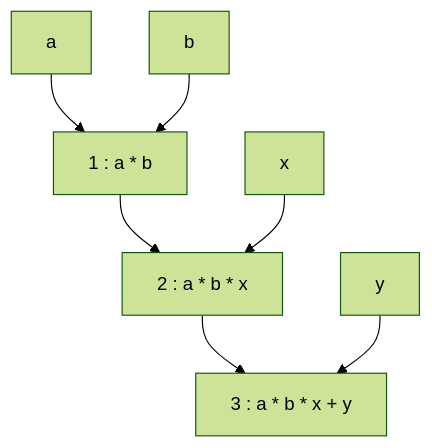
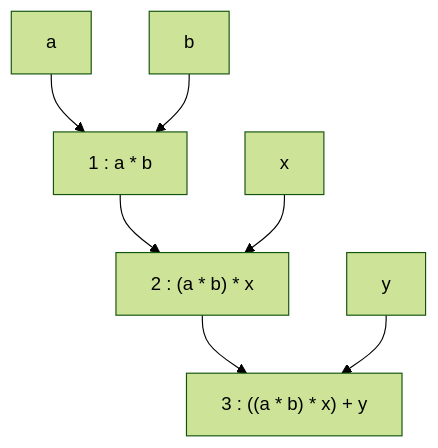
One commit to kivvix/misc changed the diagram in tpl_expr/README.md. Above: the diagram before and after it, drawn with Mermaid (forest theme).

Commit message:
test mermaid graph

````diff
--- a/tpl_expr/README.md
+++ b/tpl_expr/README.md
@@ -127,16 +127,16 @@
   ```mermaid
   graph TD;
       a["a"]
       b["b"]
       x["x"]
       y["y"]
       ab["1 : a * b"]
-      abx["2 : a * b * x"]
-      abxpy["3 : a * b * x + y"]
+      abx["2 : (a * b) * x"]
+      abxpy["3 : ((a * b) * x) + y"]
       a --> ab
       b --> ab
       ab --> abx
       x --> abx
       abx --> abxpy
       y --> abxpy
   ```
````
